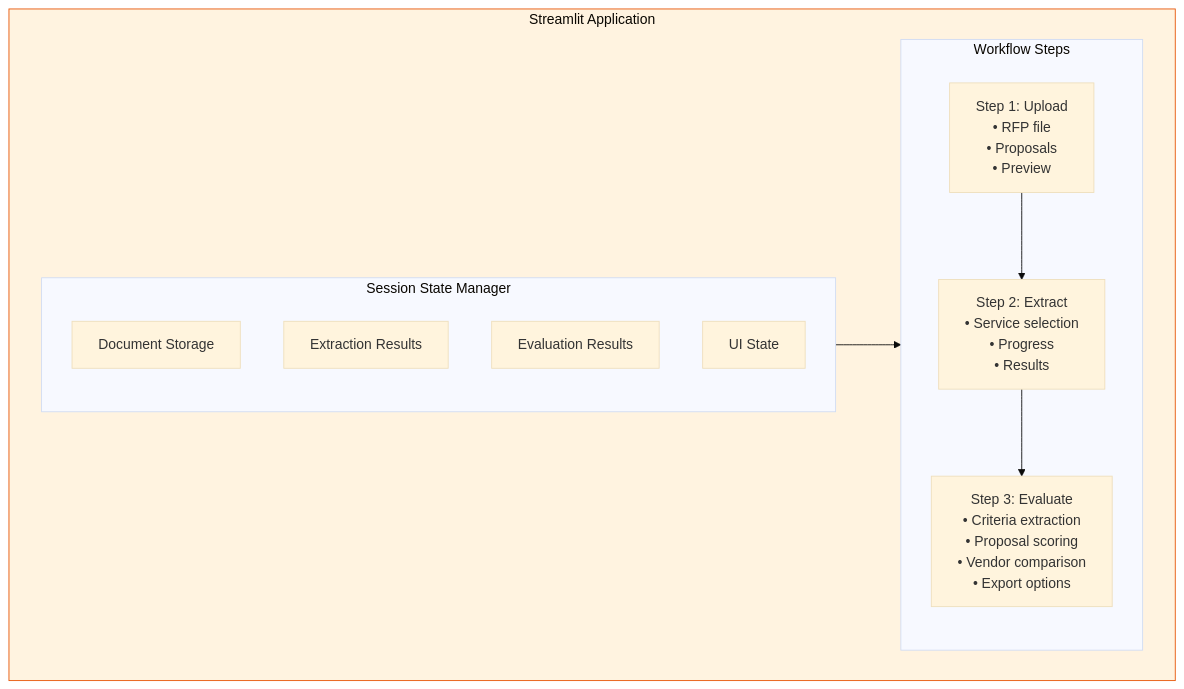
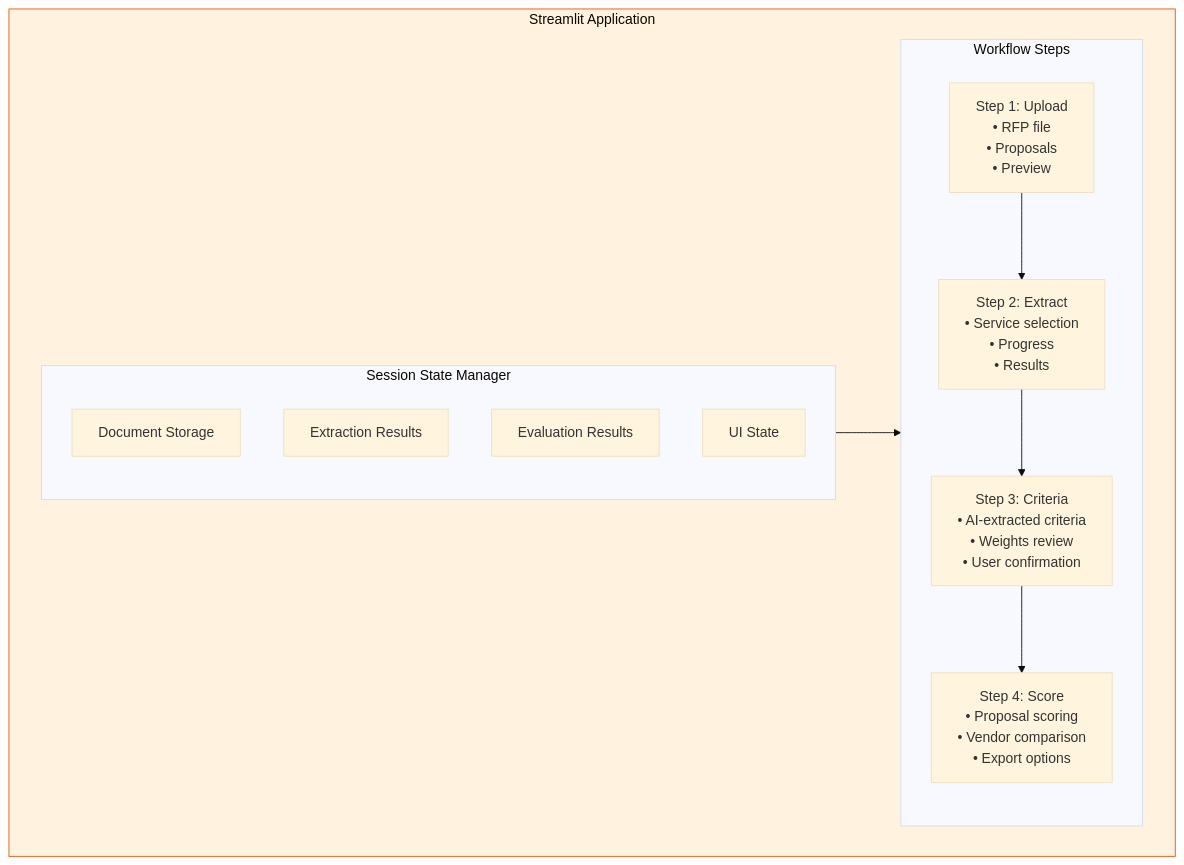
One commit to amgdy/rfp-analyzer changed the second of 22 diagrams in docs/ARCHITECTURE.md. Above: the diagram before and after it, drawn with Mermaid (base theme). The commit also changed other lines of this file and 4 other files, not shown here.

````diff
--- a/docs/ARCHITECTURE.md
+++ b/docs/ARCHITECTURE.md
@@ -93,22 +93,23 @@
 ```mermaid
 flowchart TB
     subgraph StreamlitApp["Streamlit Application"]
         subgraph SSM["Session State Manager"]
             DS["Document Storage"]
             ER["Extraction Results"]
             EVR["Evaluation Results"]
             UIS["UI State"]
         end
         
         subgraph Steps["Workflow Steps"]
             S1["Step 1: Upload<br>• RFP file<br>• Proposals<br>• Preview"]
             S2["Step 2: Extract<br>• Service selection<br>• Progress<br>• Results"]
-            S3["Step 3: Evaluate<br>• Criteria extraction<br>• Proposal scoring<br>• Vendor comparison<br>• Export options"]
+            S3["Step 3: Criteria<br>• AI-extracted criteria<br>• Weights review<br>• User confirmation"]
+            S4["Step 4: Score<br>• Proposal scoring<br>• Vendor comparison<br>• Export options"]
         end
         
         SSM --> Steps
-        S1 --> S2 --> S3
+        S1 --> S2 --> S3 --> S4
     end
     
     style StreamlitApp fill:#fff3e0,stroke:#e65100
 ```
````
